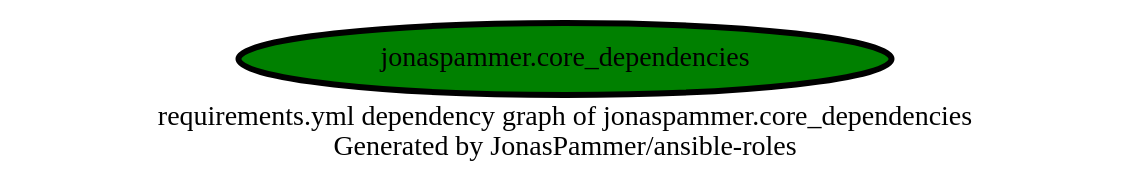
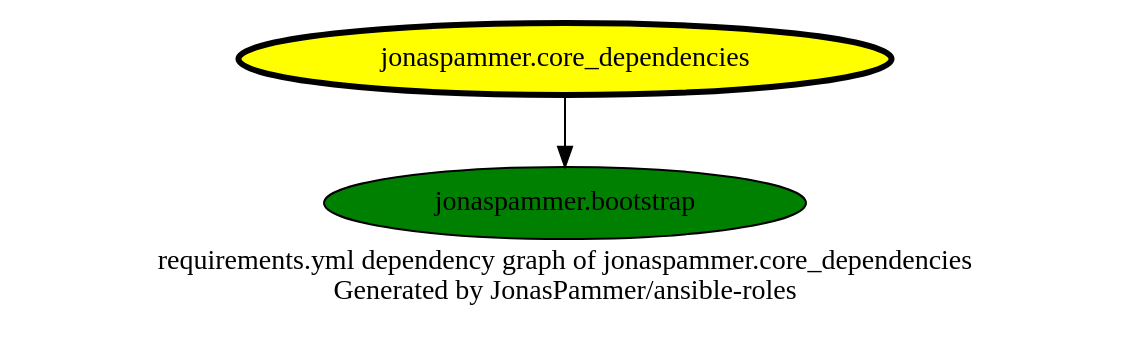
Before and after one commit to JonasPammer/ansible-roles: the diagram in graphs/dependencies_core_dependencies.dot, drawn with Graphviz. The commit also changed 42 other files, not shown here.

```diff
--- a/graphs/dependencies_core_dependencies.dot
+++ b/graphs/dependencies_core_dependencies.dot
@@ -1,10 +1,13 @@
+// This file is generated from `templates/dependencies_single.adoc.jinja2` by Github CI, all local changes will be lost eventually.
 digraph hierarchy {
   label = "requirements.yml dependency graph of jonaspammer.core_dependencies \n Generated by JonasPammer/ansible-roles" ;
   overlap=false
 
   {
-    "jonaspammer.core_dependencies" [fillcolor=green style=filled penwidth=3]
+    "jonaspammer.core_dependencies" [fillcolor=yellow style=filled penwidth=3]
+    "jonaspammer.bootstrap" [fillcolor=green style=filled ]
   }
 
 
+  "jonaspammer.core_dependencies" -> {"jonaspammer.bootstrap"}
 }
```
